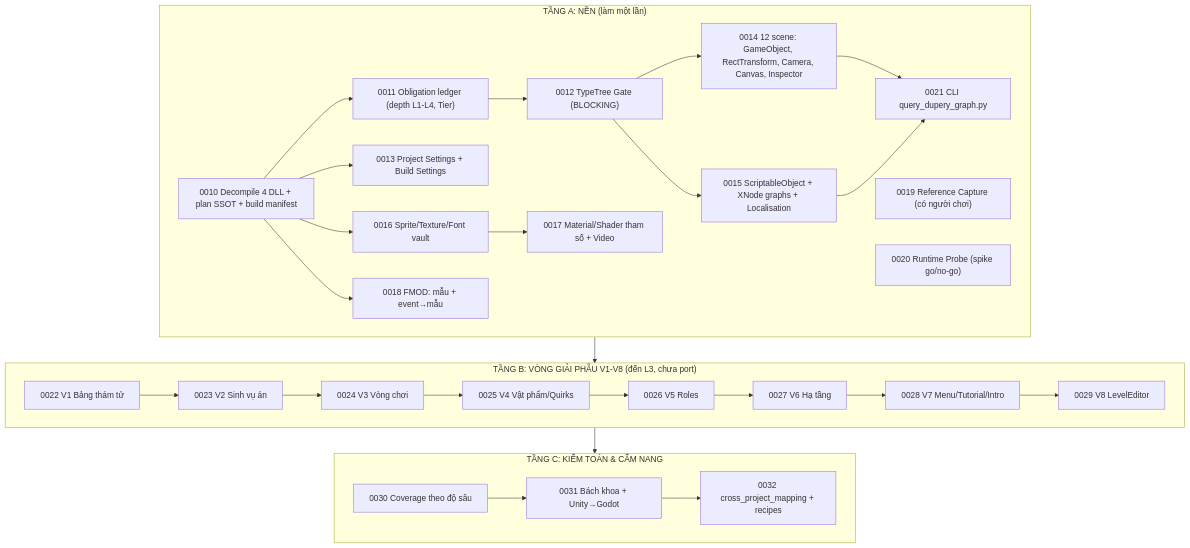
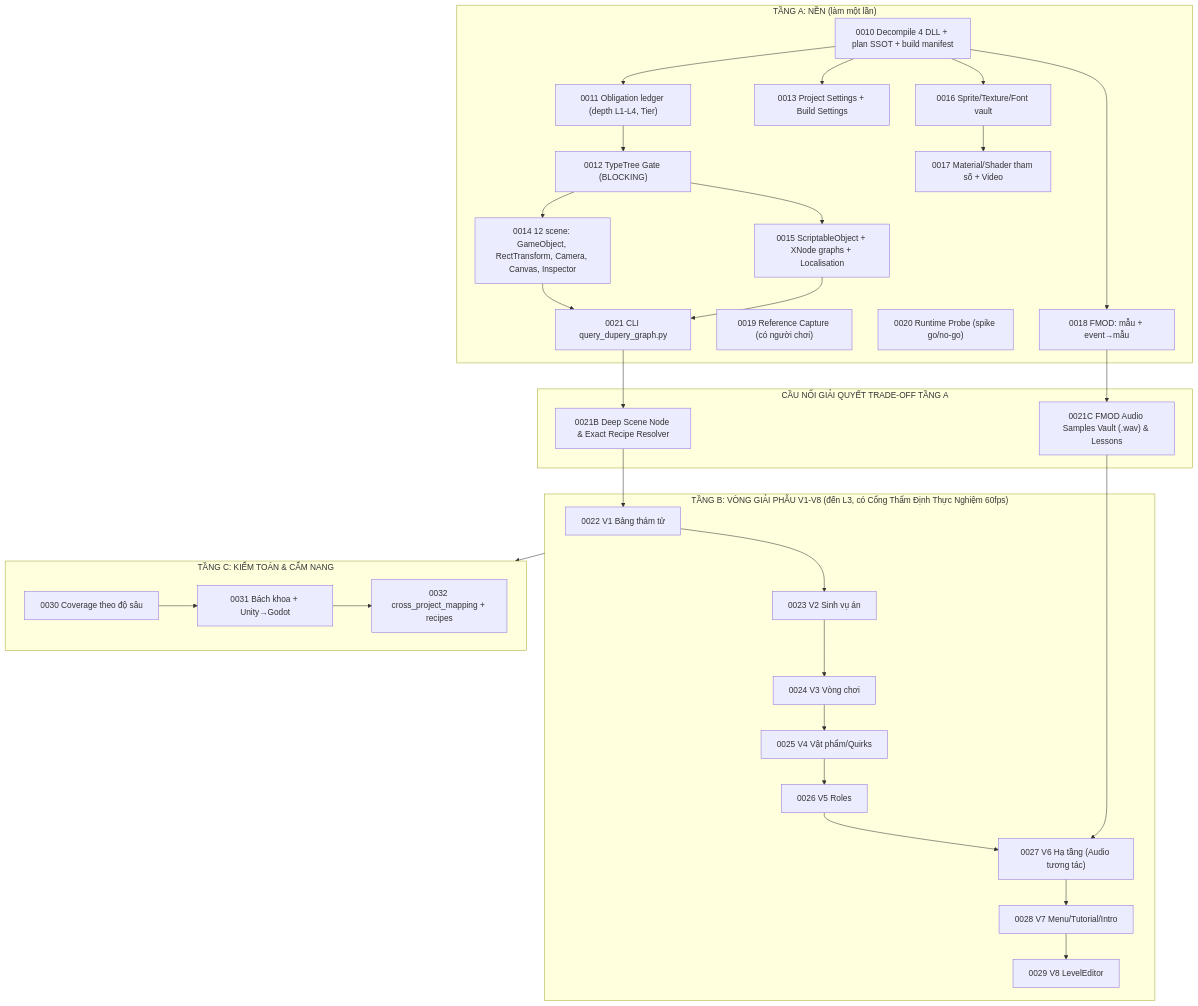
One commit to badorcapro/Than_Trung_2 changed the diagram in docs/agent-system/plans/PLAN-CHANG-3-DUPERY-RECONSTRUCTION.md. Above: the diagram before and after it, drawn with Mermaid. The commit also changed other lines of this file and 9 other files, not shown here.

````diff
--- a/docs/agent-system/plans/PLAN-CHANG-3-DUPERY-RECONSTRUCTION.md
+++ b/docs/agent-system/plans/PLAN-CHANG-3-DUPERY-RECONSTRUCTION.md
@@ -74,32 +81,40 @@
 ```mermaid
 flowchart TD
     subgraph A["TẦNG A: NỀN (làm một lần)"]
         A10["0010 Decompile 4 DLL + plan SSOT + build manifest"]
         A11["0011 Obligation ledger (depth L1-L4, Tier)"]
         A12["0012 TypeTree Gate (BLOCKING)"]
         A13["0013 Project Settings + Build Settings"]
         A14["0014 12 scene: GameObject, RectTransform, Camera, Canvas, Inspector"]
         A15["0015 ScriptableObject + XNode graphs + Localisation"]
         A16["0016 Sprite/Texture/Font vault"]
         A17["0017 Material/Shader tham số + Video"]
         A18["0018 FMOD: mẫu + event→mẫu"]
         A19["0019 Reference Capture (có người chơi)"]
         A20["0020 Runtime Probe (spike go/no-go)"]
         A21["0021 CLI query_dupery_graph.py"]
         A10 --> A11 --> A12
         A12 --> A14
         A12 --> A15
         A10 --> A13
         A10 --> A16 --> A17
         A10 --> A18
         A14 --> A21
         A15 --> A21
     end
-    subgraph B["TẦNG B: VÒNG GIẢI PHẪU V1-V8 (đến L3, chưa port)"]
-        B1["0022 V1 Bảng thám tử"] --> B2["0023 V2 Sinh vụ án"] --> B3["0024 V3 Vòng chơi"] --> B4["0025 V4 Vật phẩm/Quirks"] --> B5["0026 V5 Roles"] --> B6["0027 V6 Hạ tầng"] --> B7["0028 V7 Menu/Tutorial/Intro"] --> B8["0029 V8 LevelEditor"]
+    subgraph AB["CẦU NỐI GIẢI QUYẾT TRADE-OFF TẦNG A"]
+        A21B["0021B Deep Scene Node & Exact Recipe Resolver"]
+        A21C["0021C FMOD Audio Samples Vault (.wav) & Lessons"]
+        A21 --> A21B
+        A18 --> A21C
+    end
+    subgraph B["TẦNG B: VÒNG GIẢI PHẪU V1-V8 (đến L3, có Cổng Thẩm Định Thực Nghiệm 60fps)"]
+        B1["0022 V1 Bảng thám tử"] --> B2["0023 V2 Sinh vụ án"] --> B3["0024 V3 Vòng chơi"] --> B4["0025 V4 Vật phẩm/Quirks"] --> B5["0026 V5 Roles"] --> B6["0027 V6 Hạ tầng (Audio tương tác)"] --> B7["0028 V7 Menu/Tutorial/Intro"] --> B8["0029 V8 LevelEditor"]
+        A21B --> B1
+        A21C --> B6
     end
     subgraph C["TẦNG C: KIỂM TOÁN & CẨM NANG"]
         C30["0030 Coverage theo độ sâu"] --> C31["0031 Bách khoa + Unity→Godot"] --> C32["0032 cross_project_mapping + recipes"]
     end
-    A --> B --> C
+    B --> C
 ```
````
